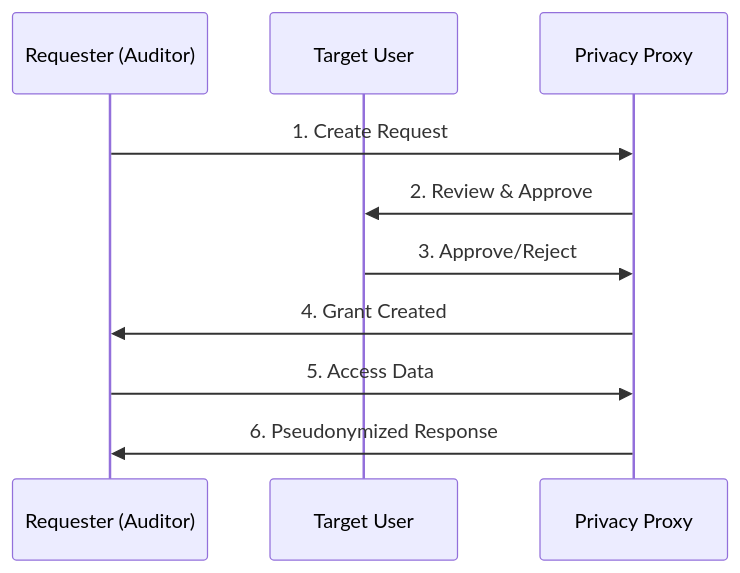
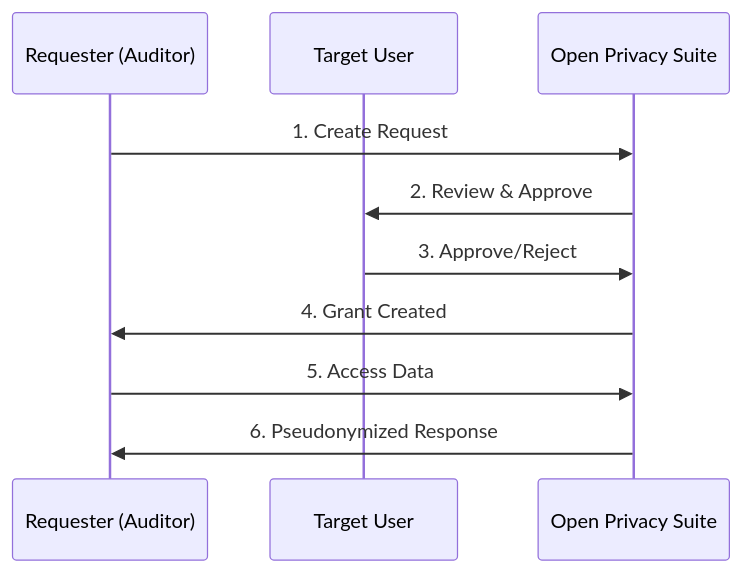
Before and after one commit to alainncls/open-privacy-suite: the first of 2 diagrams in site/src/app/docs/disclosure/page.mdx, drawn with Mermaid. The commit also changed other lines of this file and 25 other files, not shown here.

First line of the commit message:
chore: rename Privacy Proxy to Open Privacy Suite (RD-803)

````diff
--- a/site/src/app/docs/disclosure/page.mdx
+++ b/site/src/app/docs/disclosure/page.mdx
@@ -33,13 +33,13 @@
 ```mermaid
 sequenceDiagram
     participant R as Requester (Auditor)
     participant U as Target User
-    participant P as Privacy Proxy
+    participant P as Open Privacy Suite
 
     R->>P: 1. Create Request
     P->>U: 2. Review & Approve
     U->>P: 3. Approve/Reject
     P->>R: 4. Grant Created
     R->>P: 5. Access Data
     P->>R: 6. Pseudonymized Response
 ```
````
